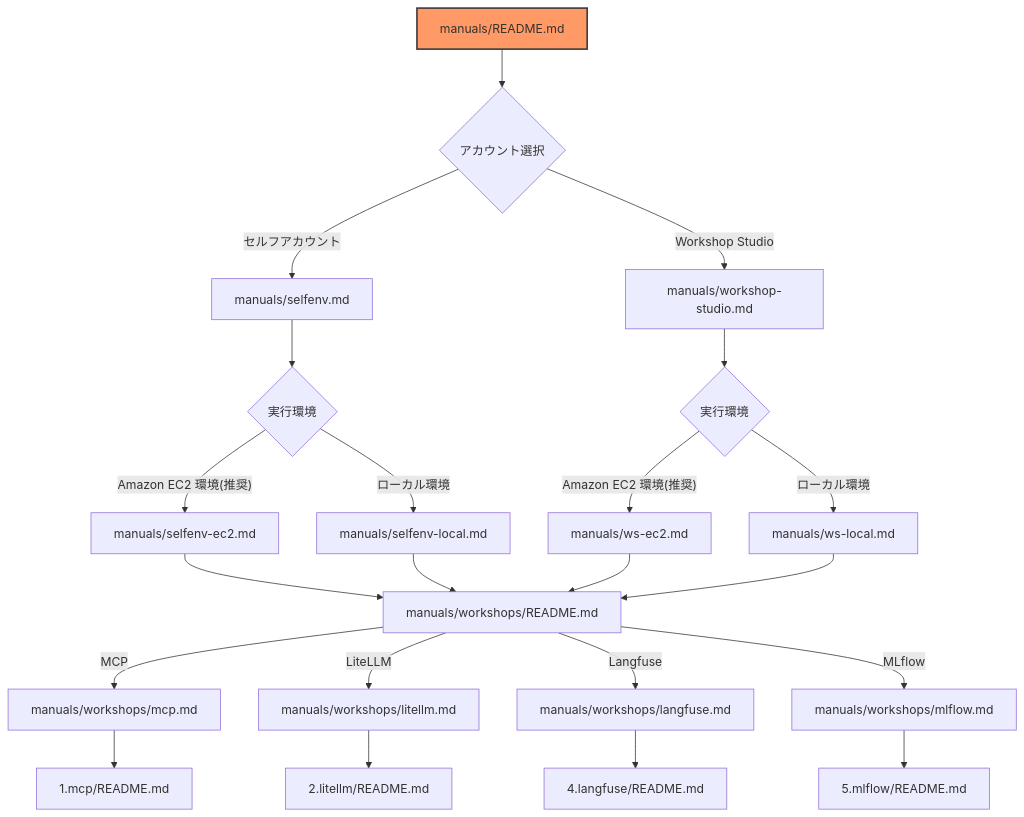
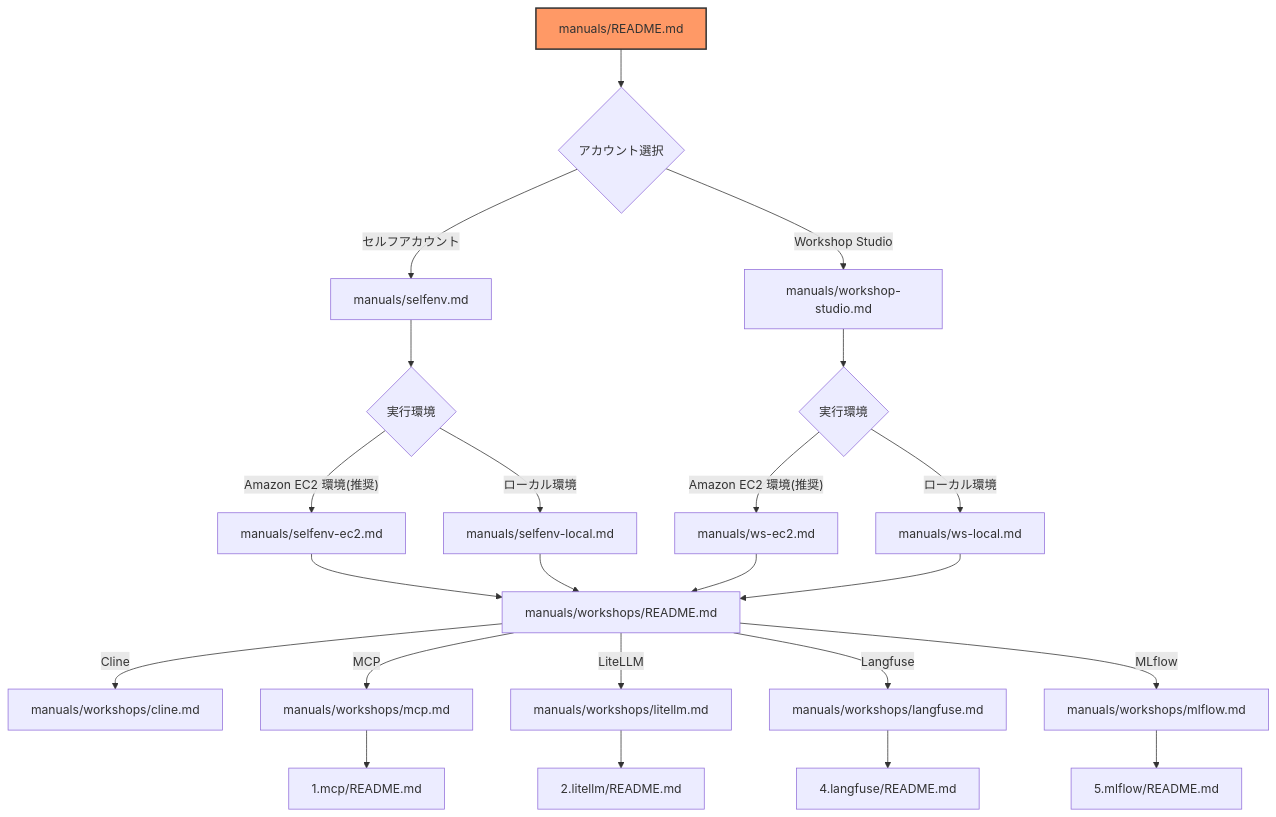
Before and after one commit to littlemex/aws-samples: the diagram in workshops/ai-coding-workshop/cline/manuals/README.md, drawn with Mermaid. The commit also changed 8 other files, not shown here.

Commit message:
Cline workshop 追加

````diff
--- a/workshops/ai-coding-workshop/cline/manuals/README.md
+++ b/workshops/ai-coding-workshop/cline/manuals/README.md
@@ -12,44 +12,46 @@
 ```mermaid
 flowchart TD
     A[manuals/README.md] --> B{アカウント選択}
     B -->|セルフアカウント| C[manuals/selfenv.md]
     B -->|Workshop Studio| D[manuals/workshop-studio.md]
     
     C --> E{実行環境}
     D --> F{実行環境}
     
     E -->|"Amazon EC2 環境(推奨)"| G[manuals/selfenv-ec2.md]
     E -->|ローカル環境| H[manuals/selfenv-local.md]
     
     F -->|"Amazon EC2 環境(推奨)"| I[manuals/ws-ec2.md]
     F -->|ローカル環境| J[manuals/ws-local.md]
     
     G --> K[manuals/workshops/README.md]
     H --> K
     I --> K
     J --> K
     
+    K -->|Cline| CL[manuals/workshops/cline.md]
     K -->|MCP| L[manuals/workshops/mcp.md]
     K -->|LiteLLM| M[manuals/workshops/litellm.md]
     K -->|Langfuse| N[manuals/workshops/langfuse.md]
     K -->|MLflow| O[manuals/workshops/mlflow.md]
     
     L --> P[1.mcp/README.md]
     M --> Q[2.litellm/README.md]
     N --> R[4.langfuse/README.md]
     O --> S[5.mlflow/README.md]
 
     click C href "https://github.com/littlemex/aws-samples/blob/feature/issue-53/workshops/ai-coding-workshop/cline/manuals/selfenv.md"
     click D href "https://github.com/littlemex/aws-samples/blob/feature/issue-53/workshops/ai-coding-workshop/cline/manuals/workshop-studio.md"
     click G href "https://github.com/littlemex/aws-samples/blob/feature/issue-53/workshops/ai-coding-workshop/cline/manuals/selfenv-ec2.md"
     click H href "https://github.com/littlemex/aws-samples/blob/feature/issue-53/workshops/ai-coding-workshop/cline/manuals/selfenv-local.md"
     click I href "https://github.com/littlemex/aws-samples/blob/feature/issue-53/workshops/ai-coding-workshop/cline/manuals/ws-ec2.md"
     click J href "https://github.com/littlemex/aws-samples/blob/feature/issue-53/workshops/ai-coding-workshop/cline/manuals/ws-local.md"
     click K href "https://github.com/littlemex/aws-samples/blob/feature/issue-53/workshops/ai-coding-workshop/cline/manuals/workshops/README.md"
     click L href "https://github.com/littlemex/aws-samples/blob/feature/issue-53/workshops/ai-coding-workshop/cline/manuals/workshops/mcp.md"
     click M href "https://github.com/littlemex/aws-samples/blob/feature/issue-53/workshops/ai-coding-workshop/cline/manuals/workshops/litellm.md"
     click N href "https://github.com/littlemex/aws-samples/blob/feature/issue-53/workshops/ai-coding-workshop/cline/manuals/workshops/langfuse.md"
+    click CL href "https://github.com/littlemex/aws-samples/blob/feature/issue-53/workshops/ai-coding-workshop/cline/manuals/workshops/cline.md"
     click O href "https://github.com/littlemex/aws-samples/blob/feature/issue-53/workshops/ai-coding-workshop/cline/manuals/workshops/mlflow.md"
 
     style A fill:#f96,stroke:#333,stroke-width:2px
 ```
````
